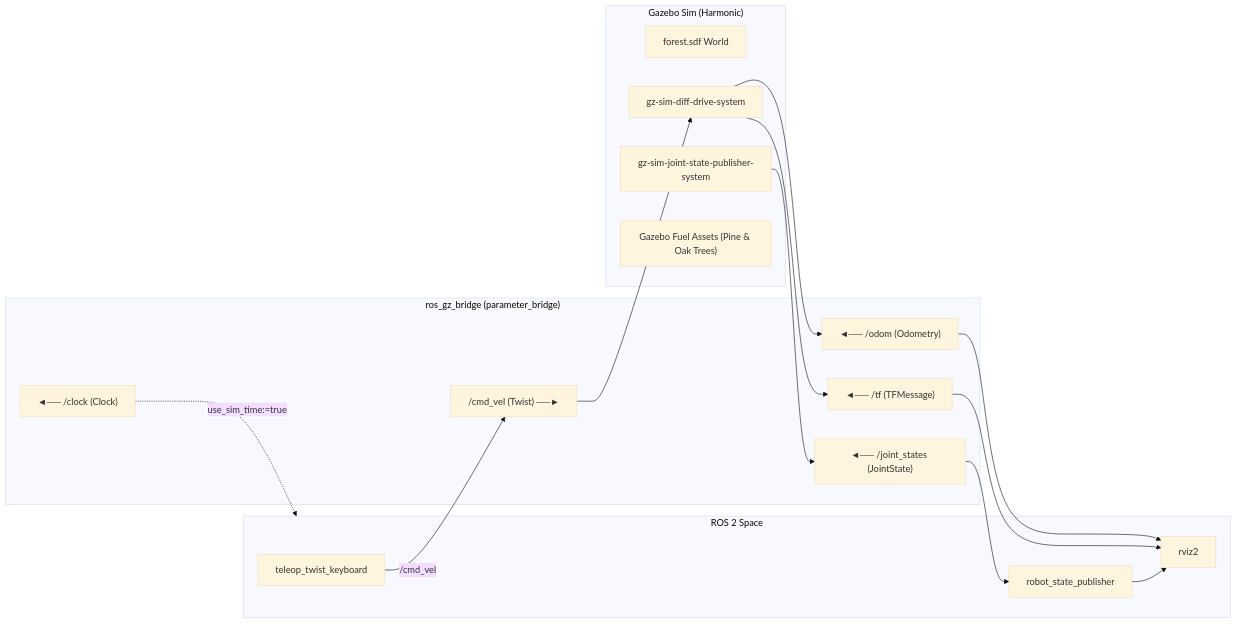
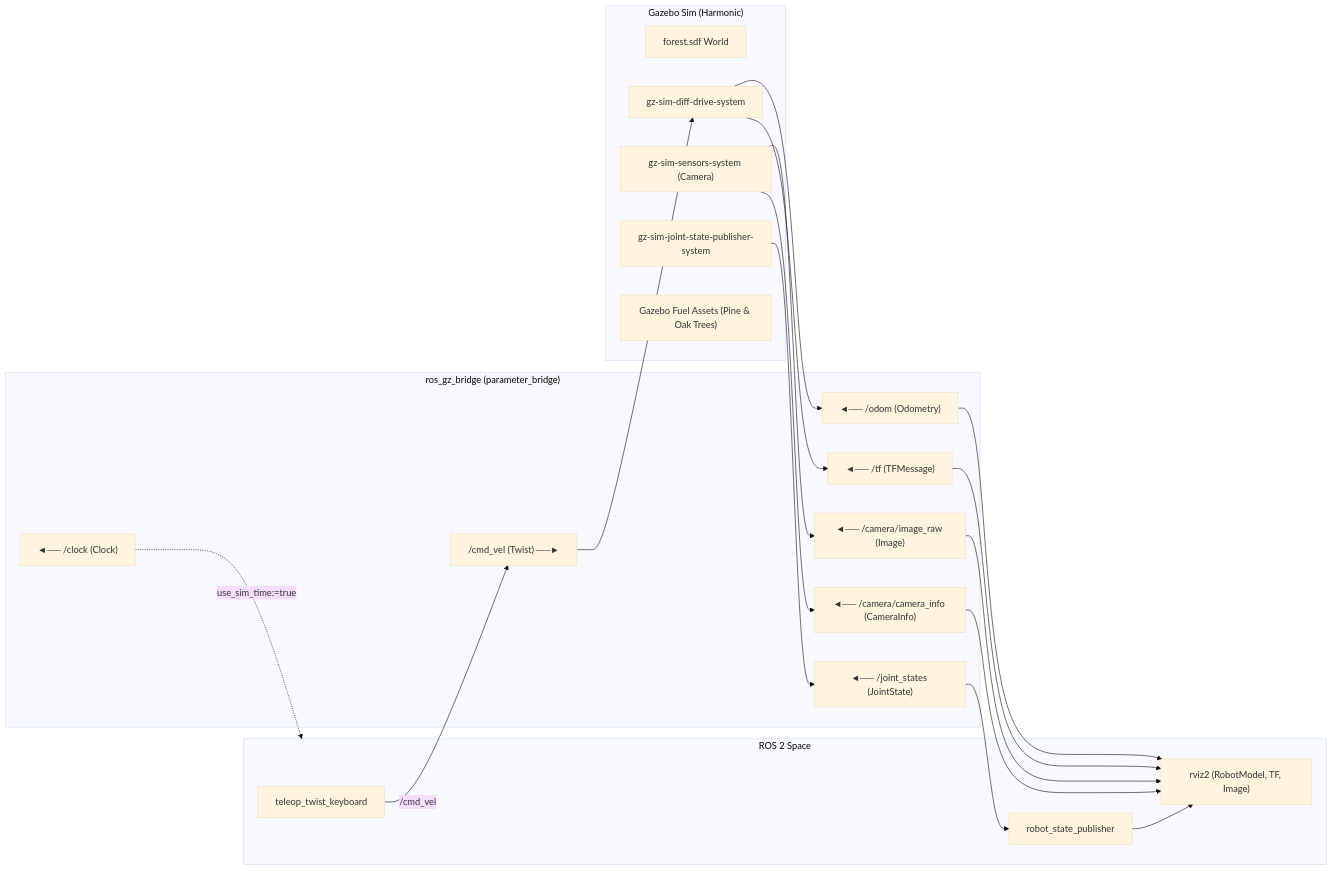
The second of 2 diagrams in 5.urdf/readme.md (jinyongnan810/ros-practice), drawn with Mermaid (base theme) before and after one commit. The commit also changed other lines of this file and 10 other files, not shown here.

````diff
--- a/5.urdf/readme.md
+++ b/5.urdf/readme.md
@@ -227,30 +229,35 @@
 ```mermaid
 flowchart LR
     subgraph ROS2["ROS 2 Space"]
         Teleop["teleop_twist_keyboard"]
         RSP["robot_state_publisher"]
-        RViz["rviz2"]
+        RViz["rviz2 (RobotModel, TF, Image)"]
     end
 
     subgraph Bridge["ros_gz_bridge (parameter_bridge)"]
         direction_cmd["/cmd_vel (Twist) ──►"]
         direction_js["◄── /joint_states (JointState)"]
         direction_odom["◄── /odom (Odometry)"]
         direction_tf["◄── /tf (TFMessage)"]
         direction_clock["◄── /clock (Clock)"]
+        direction_img["◄── /camera/image_raw (Image)"]
+        direction_info["◄── /camera/camera_info (CameraInfo)"]
     end
 
     subgraph Gazebo["Gazebo Sim (Harmonic)"]
         GZ_World["forest.sdf World"]
+        GZ_Sensors["gz-sim-sensors-system (Camera)"]
         GZ_Diff["gz-sim-diff-drive-system"]
         GZ_JS["gz-sim-joint-state-publisher-system"]
         GZ_Fuel["Gazebo Fuel Assets (Pine & Oak Trees)"]
     end
 
     Teleop -->|/cmd_vel| direction_cmd --> GZ_Diff
     GZ_JS --> direction_js --> RSP
     GZ_Diff --> direction_odom --> RViz
     GZ_Diff --> direction_tf --> RViz
+    GZ_Sensors --> direction_img --> RViz
+    GZ_Sensors --> direction_info --> RViz
     direction_clock -.->|use_sim_time:=true| ROS2
     RSP --> RViz
 ```
````
